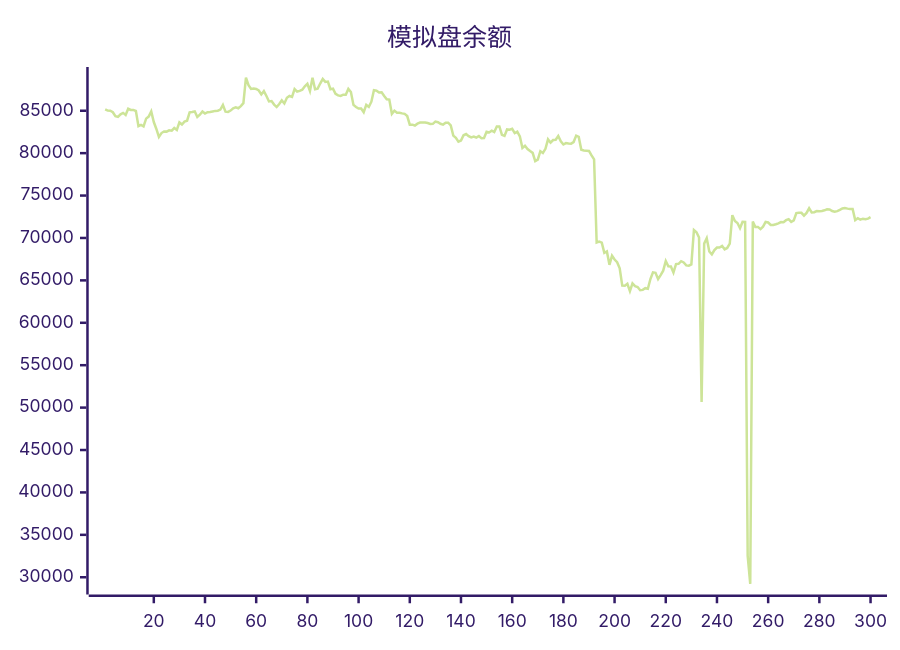
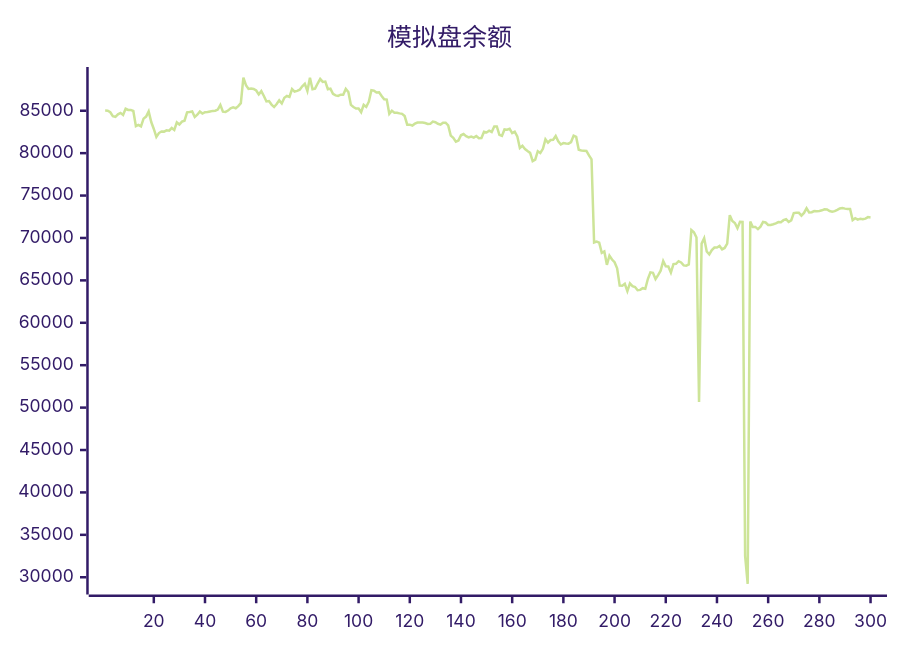
One commit to aahl/ai-trading changed the diagram in README.md. Above: the diagram before and after it, drawn with Mermaid (forest theme). The commit also changed other lines of this file and 1 other file, not shown here.

````diff
--- a/README.md
+++ b/README.md
@@ -5,5 +5,5 @@
 ```mermaid
 xychart
     title "模拟盘余额"
-    line [85164,85016,85008,84824,84354,84287,84572,84745,84500,85234,85096,85095,84970,83180,83338,83157,84070,84309,84922,83667,82850,81924,82369,82552,82539,82695,82648,82962,82728,83619,83378,83710,83825,84819,84854,84917,84265,84527,84919,84668,84834,84850,84916,84981,85004,85131,85674,84891,84864,85019,85284,85393,85294,85538,85894,88904,88012,87567,87625,87568,87386,86920,87313,86737,86094,86143,85725,85437,85787,86219,85859,86526,86740,86630,87563,87264,87335,87483,87886,88180,87335,88894,87544,87608,88207,88755,88401,88444,87543,87608,87000,86810,86740,86894,86884,87576,87209,85686,85435,85251,85255,84820,85689,85453,86066,87420,87373,87161,87178,86740,86341,86315,84643,85012,84772,84768,84690,84635,84376,83360,83357,83259,83474,83608,83606,83602,83548,83440,83454,83724,83644,83464,83365,83590,83592,83275,82072,81806,81344,81492,82109,82254,82006,81848,81955,81829,82022,81769,81776,82522,82441,82656,82498,83144,83144,82150,82038,82797,82763,82872,82367,82536,81981,80612,80862,80484,80242,80034,79063,79245,80226,80016,80507,81625,81233,81544,81578,82016,81401,81019,81186,81130,81118,81306,82066,81909,80392,80304,80291,80258,79729,79261,69466,69579,69456,68251,68415,66832,67911,67462,67144,66432,64380,64375,64606,63740,64647,64324,64216,63842,63877,64078,64008,65156,65945,65888,65157,65625,66144,67284,66653,66639,65924,66925,66956,67263,67108,66766,66729,66886,70927,70673,70049,50652,69334,69973,68400,68061,68578,68876,68879,69055,68662,68822,69329,72687,71999,71760,71162,71911,71896,32500,29218,71927,71297,71305,71044,71337,71883,71822,71536,71536,71622,71723,71880,71860,72100,72216,71887,72077,72940,72976,72966,72638,72948,73497,73004,73041,73173,73160,73186,73258,73375,73351,73173,73098,73161,73305,73474,73536,73457,73413,73412,72100,72333,72164,72272,72204,72285,72461]
+    line [85016,85008,84824,84354,84287,84572,84745,84500,85234,85096,85095,84970,83180,83338,83157,84070,84309,84922,83667,82850,81924,82369,82552,82539,82695,82648,82962,82728,83619,83378,83710,83825,84819,84854,84917,84265,84527,84919,84668,84834,84850,84916,84981,85004,85131,85674,84891,84864,85019,85284,85393,85294,85538,85894,88904,88012,87567,87625,87568,87386,86920,87313,86737,86094,86143,85725,85437,85787,86219,85859,86526,86740,86630,87563,87264,87335,87483,87886,88180,87335,88894,87544,87608,88207,88755,88401,88444,87543,87608,87000,86810,86740,86894,86884,87576,87209,85686,85435,85251,85255,84820,85689,85453,86066,87420,87373,87161,87178,86740,86341,86315,84643,85012,84772,84768,84690,84635,84376,83360,83357,83259,83474,83608,83606,83602,83548,83440,83454,83724,83644,83464,83365,83590,83592,83275,82072,81806,81344,81492,82109,82254,82006,81848,81955,81829,82022,81769,81776,82522,82441,82656,82498,83144,83144,82150,82038,82797,82763,82872,82367,82536,81981,80612,80862,80484,80242,80034,79063,79245,80226,80016,80507,81625,81233,81544,81578,82016,81401,81019,81186,81130,81118,81306,82066,81909,80392,80304,80291,80258,79729,79261,69466,69579,69456,68251,68415,66832,67911,67462,67144,66432,64380,64375,64606,63740,64647,64324,64216,63842,63877,64078,64008,65156,65945,65888,65157,65625,66144,67284,66653,66639,65924,66925,66956,67263,67108,66766,66729,66886,70927,70673,70049,50652,69334,69973,68400,68061,68578,68876,68879,69055,68662,68822,69329,72687,71999,71760,71162,71911,71896,32500,29218,71927,71297,71305,71044,71337,71883,71822,71536,71536,71622,71723,71880,71860,72100,72216,71887,72077,72940,72976,72966,72638,72948,73497,73004,73041,73173,73160,73186,73258,73375,73351,73173,73098,73161,73305,73474,73536,73457,73413,73412,72100,72333,72164,72272,72204,72285,72461,72421]
 ```
````
